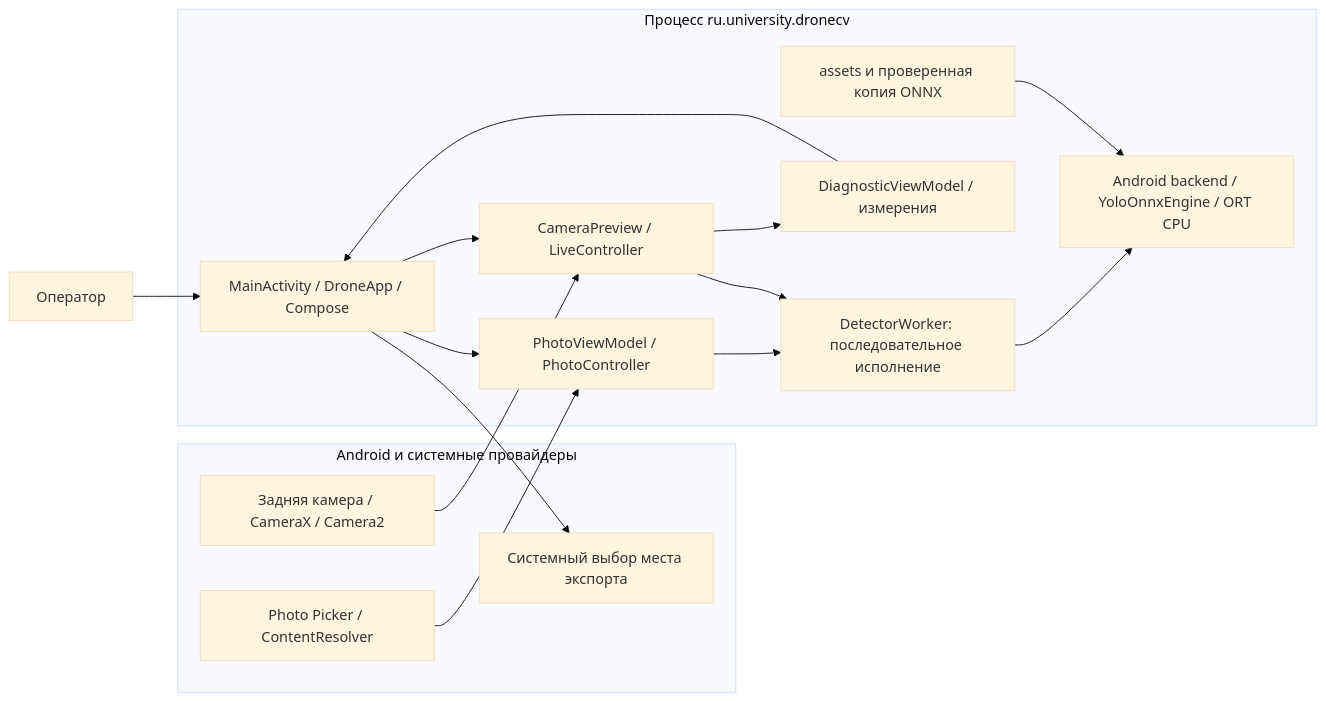
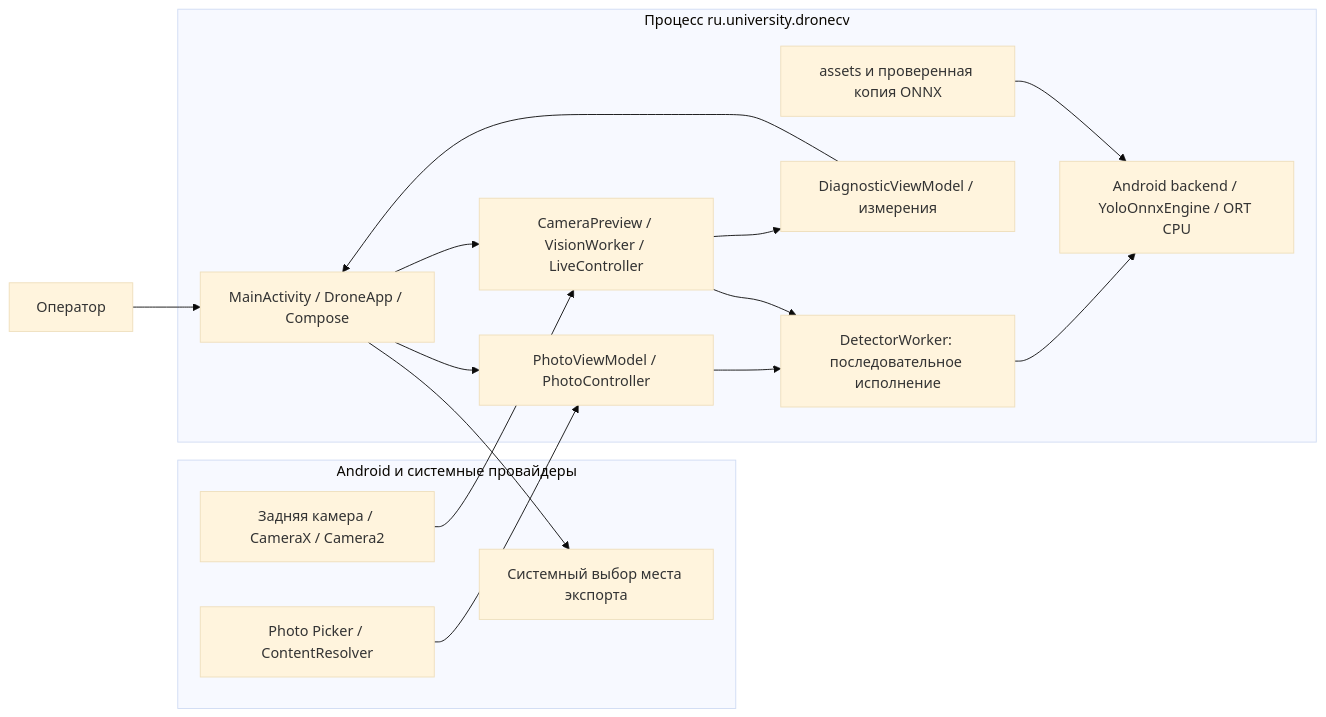
The diagram in docs/architecture/overview.md (Kr1st10/drone-cv-android-prototype), drawn with Mermaid (base theme) before and after one commit. The commit also changed other lines of this file and 35 other files, not shown here.

````diff
--- a/docs/architecture/overview.md
+++ b/docs/architecture/overview.md
@@ -9,29 +9,29 @@
 ```mermaid
 flowchart LR
     User[Оператор] --> UI
     subgraph OS[Android и системные провайдеры]
         Picker[Photo Picker / ContentResolver]
         Camera[Задняя камера / CameraX / Camera2]
         Documents[Системный выбор места экспорта]
     end
     subgraph App[Процесс ru.university.dronecv]
         UI[MainActivity / DroneApp / Compose]
         Photo[PhotoViewModel / PhotoController]
-        Live[CameraPreview / LiveController]
+        Live[CameraPreview / VisionWorker / LiveController]
         Worker[DetectorWorker: последовательное исполнение]
         Engine[Android backend / YoloOnnxEngine / ORT CPU]
         Diag[DiagnosticViewModel / измерения]
         Model[assets и проверенная копия ONNX]
         UI --> Photo
         UI --> Live
         Photo --> Worker
         Live --> Worker
         Worker --> Engine
         Model --> Engine
         Live --> Diag
         Diag --> UI
     end
     Picker --> Photo
     Camera --> Live
     UI --> Documents
 ```
````
